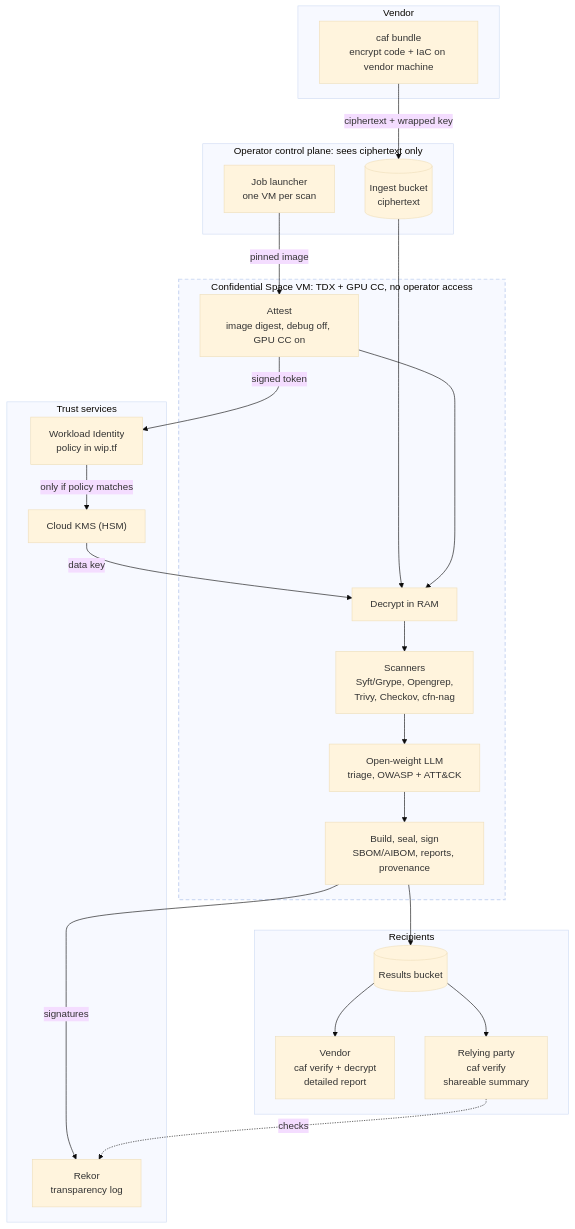
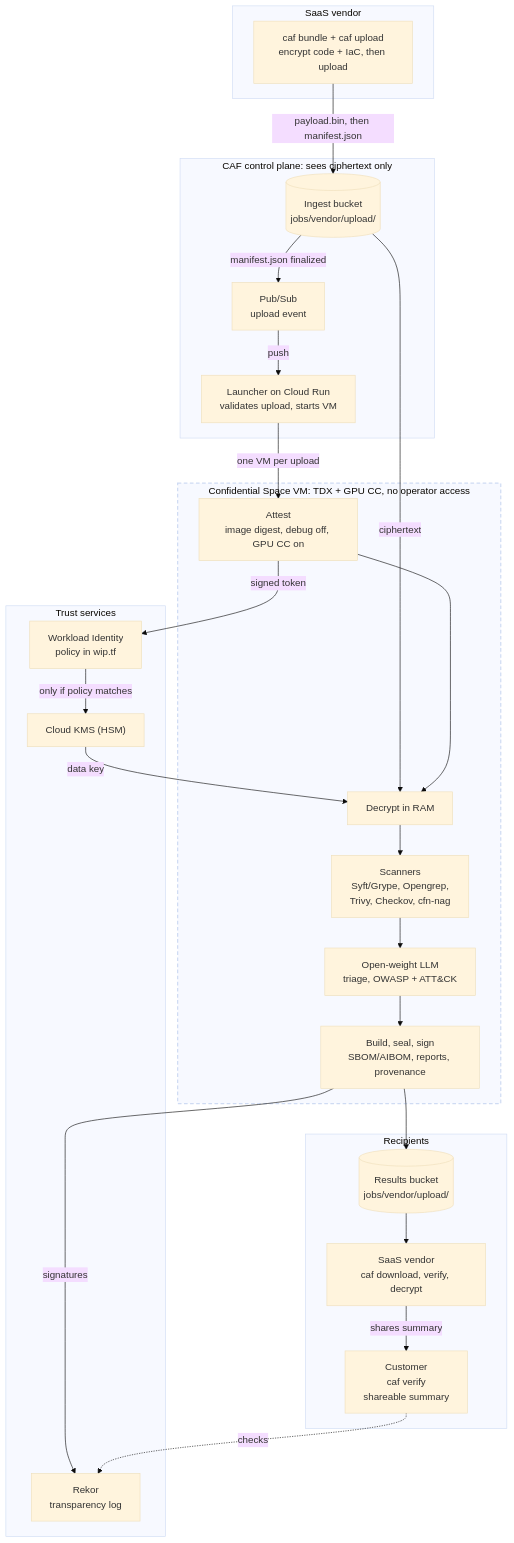
One commit to confidential-assurance/confidential-assurance-framework changed the diagram in README.md. Above: the diagram before and after it, drawn with Mermaid (base theme). The commit also changed other lines of this file and 26 other files, not shown here.

````diff
--- a/README.md
+++ b/README.md
@@ -37,46 +37,49 @@
 ```mermaid
 flowchart TB
-    subgraph VENDOR["Vendor"]
-        CLI["caf bundle<br/>encrypt code + IaC on vendor machine"]
+    subgraph VENDOR["SaaS vendor"]
+        CLI["caf bundle + caf upload<br/>encrypt code + IaC, then upload"]
     end
 
-    subgraph CP["Operator control plane: sees ciphertext only"]
-        INGEST[("Ingest bucket<br/>ciphertext")]
-        LAUNCH["Job launcher<br/>one VM per scan"]
+    subgraph CP["CAF control plane: sees ciphertext only"]
+        INGEST[("Ingest bucket<br/>jobs/vendor/upload/")]
+        PUBSUB["Pub/Sub<br/>upload event"]
+        LAUNCH["Launcher on Cloud Run<br/>validates upload, starts VM"]
     end
 
     subgraph TEE["Confidential Space VM: TDX + GPU CC, no operator access"]
         ATTEST["Attest<br/>image digest, debug off, GPU CC on"]
         DECRYPT["Decrypt in RAM"]
         SCAN["Scanners<br/>Syft/Grype, Opengrep,<br/>Trivy, Checkov, cfn-nag"]
         LLM["Open-weight LLM<br/>triage, OWASP + ATT&CK"]
         SEAL["Build, seal, sign<br/>SBOM/AIBOM, reports, provenance"]
     end
 
     subgraph TRUST["Trust services"]
         WIF["Workload Identity<br/>policy in wip.tf"]
         KMS["Cloud KMS (HSM)"]
         REKOR["Rekor<br/>transparency log"]
     end
 
     subgraph OUT["Recipients"]
-        RESULTS[("Results bucket")]
-        VENDOROUT["Vendor<br/>caf verify + decrypt<br/>detailed report"]
-        RP["Relying party<br/>caf verify<br/>shareable summary"]
+        RESULTS[("Results bucket<br/>jobs/vendor/upload/")]
+        VENDOROUT["SaaS vendor<br/>caf download, verify, decrypt"]
+        RP["Customer<br/>caf verify<br/>shareable summary"]
     end
 
-    CLI -->|"ciphertext + wrapped key"| INGEST
-    LAUNCH -->|"pinned image"| ATTEST
-    INGEST --> DECRYPT
+    CLI -->|"payload.bin, then manifest.json"| INGEST
+    INGEST -->|"manifest.json finalized"| PUBSUB
+    PUBSUB -->|"push"| LAUNCH
+    LAUNCH -->|"one VM per upload"| ATTEST
+    INGEST -->|"ciphertext"| DECRYPT
     ATTEST -->|"signed token"| WIF
     WIF -->|"only if policy matches"| KMS
     KMS -->|"data key"| DECRYPT
     ATTEST --> DECRYPT --> SCAN --> LLM --> SEAL
     SEAL --> RESULTS
     SEAL -->|"signatures"| REKOR
     RESULTS --> VENDOROUT
-    RESULTS --> RP
+    VENDOROUT -->|"shares summary"| RP
     RP -.->|"checks"| REKOR
 
     style TEE stroke-dasharray: 6 4,stroke-width:2px
 ```
````
